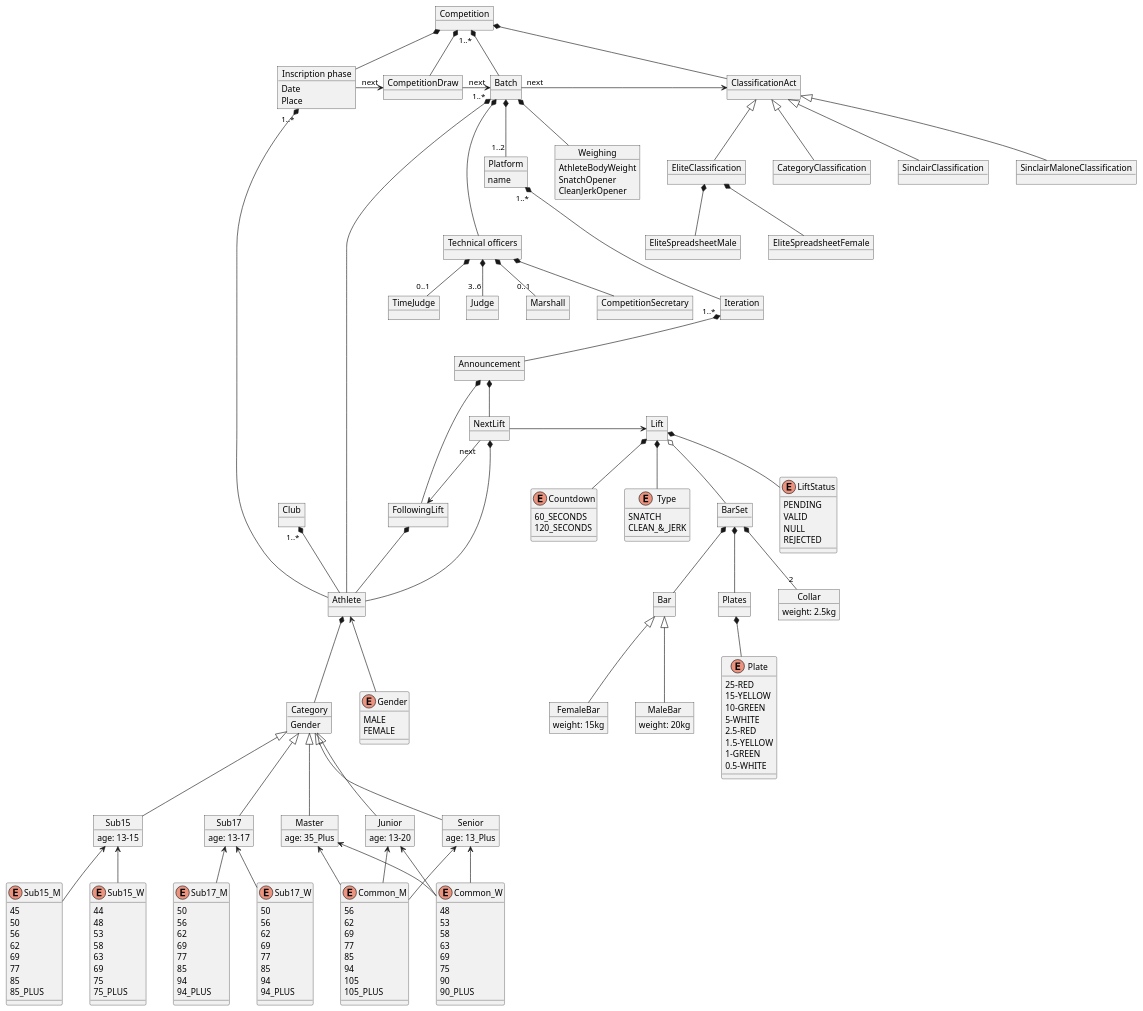
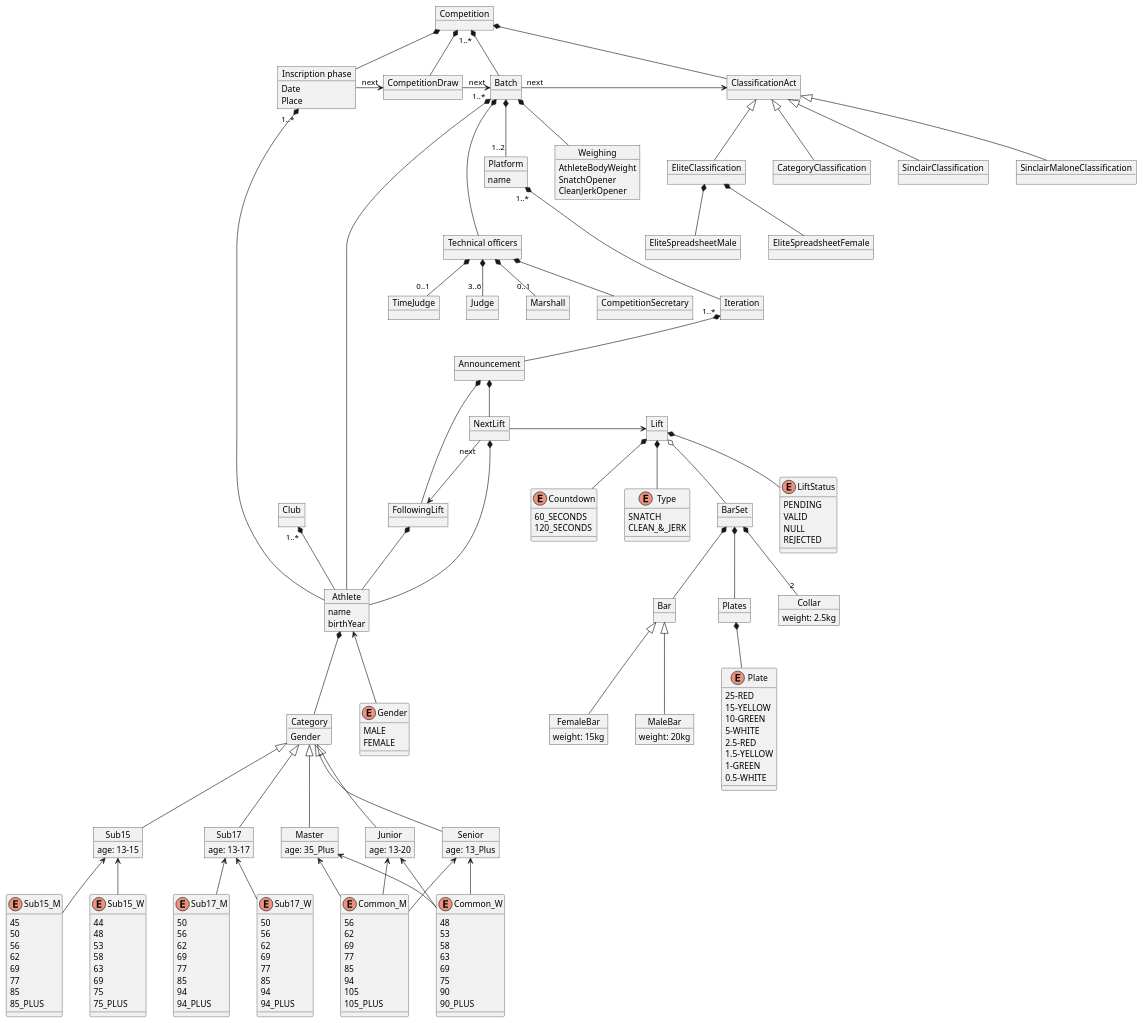
One commit to zuldare/mastercloud_pfm_halterocms changed the diagram in diagrams/modelDomain/competitionDomainModel.puml. Above: the diagram before and after it, drawn with PlantUML. The commit also changed 1 other file, not shown here.

```diff
--- a/diagrams/modelDomain/competitionDomainModel.puml
+++ b/diagrams/modelDomain/competitionDomainModel.puml
@@ -26,7 +26,10 @@
   name
 }
 object Club
-object Athlete
+object Athlete {
+  name
+  birthYear
+}
 enum Gender {
   MALE
   FEMALE
```
